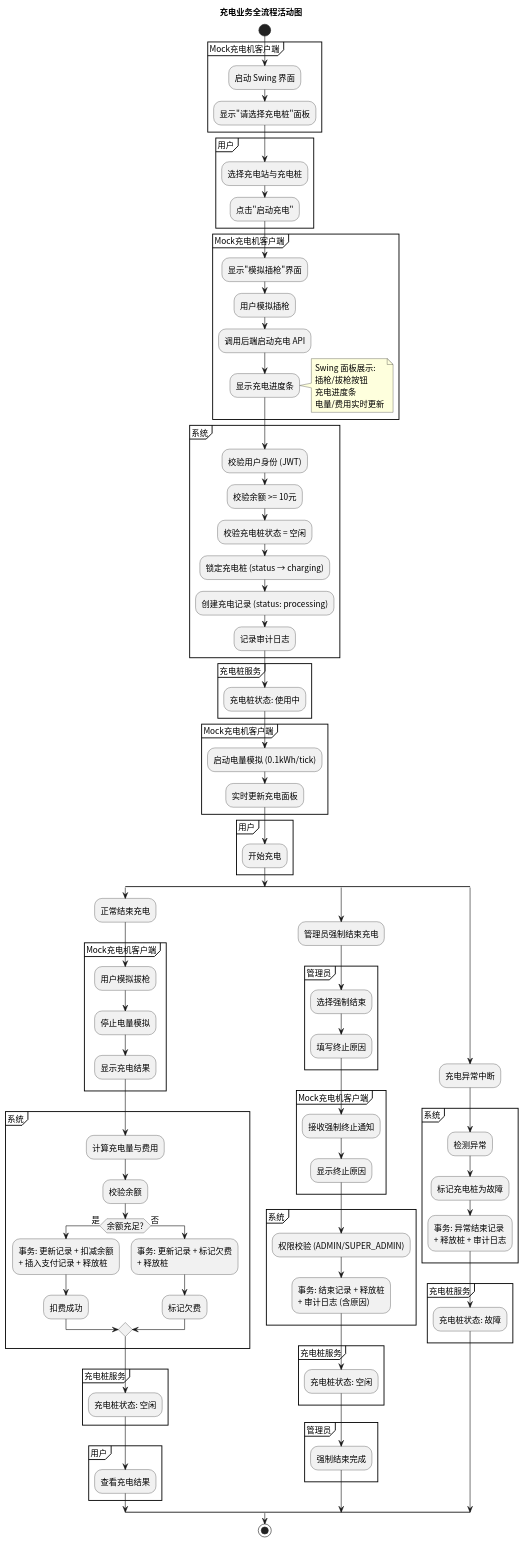
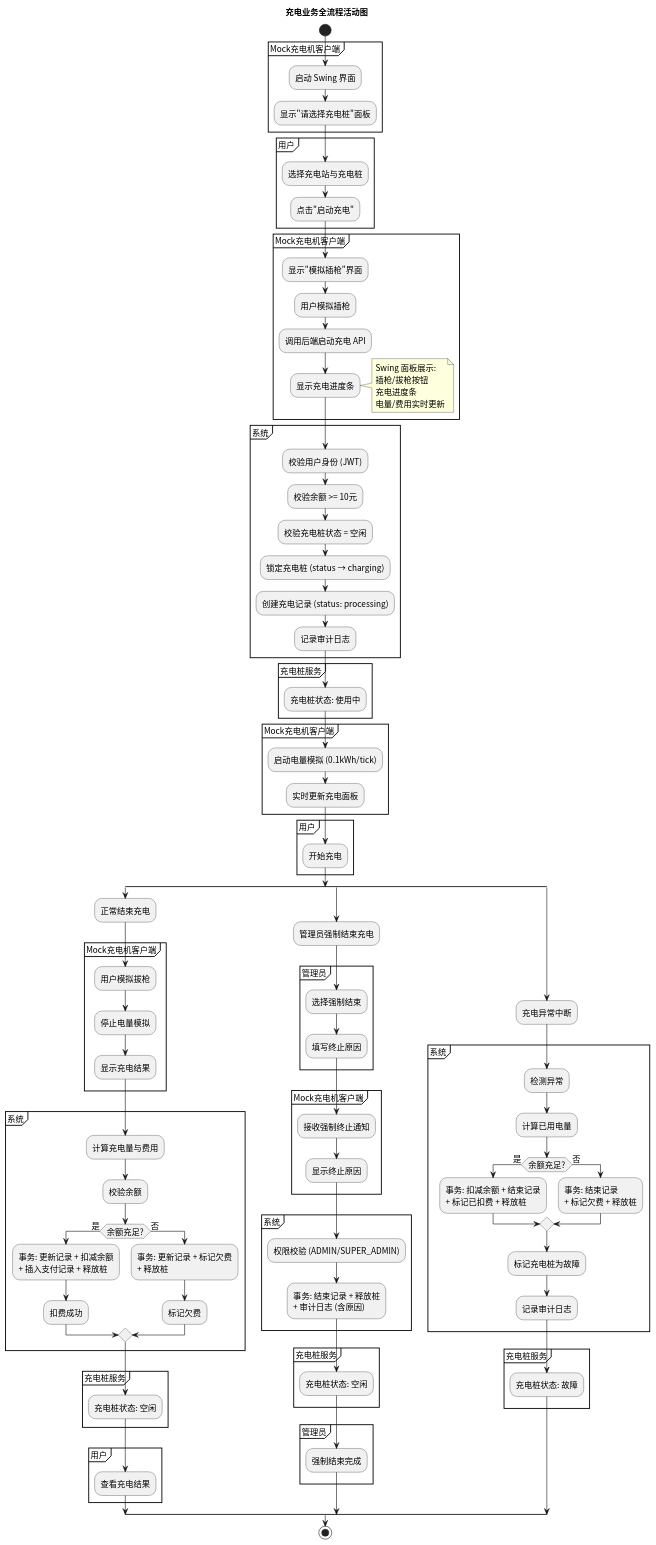
The diagram in activity/src/activity_charging.puml (greenhandzdl/charging-station-doc), drawn with PlantUML before and after one commit. The commit also changed 24 other files, not shown here.

First line of the commit message:
fix: 架构与安全第二轮评估修复 — 类图权限补充、审计日志字段统一、状态图/活动图/用例图修复

```diff
--- a/activity/src/activity_charging.puml
+++ b/activity/src/activity_charging.puml
@@ -1,120 +1,126 @@
 @startuml
 skinparam defaultFontName "Noto Sans CJK SC"
 skinparam defaultFontSize 14
 title 充电业务全流程活动图
 
 start
 
 partition "Mock充电机客户端" {
   :启动 Swing 界面;
   :显示"请选择充电桩"面板;
 }
 
 partition "用户" {
   :选择充电站与充电桩;
   :点击"启动充电";
 }
 
 partition "Mock充电机客户端" {
   :显示"模拟插枪"界面;
   :用户模拟插枪;
   :调用后端启动充电 API;
   :显示充电进度条;
   note right
     Swing 面板展示:
     插枪/拔枪按钮
     充电进度条
     电量/费用实时更新
   end note
 }
 
 partition "系统" {
   :校验用户身份 (JWT);
   :校验余额 >= 10元;
   :校验充电桩状态 = 空闲;
   :锁定充电桩 (status → charging);
   :创建充电记录 (status: processing);
   :记录审计日志;
 }
 
 partition "充电桩服务" {
   :充电桩状态: 使用中;
 }
 
 partition "Mock充电机客户端" {
   :启动电量模拟 (0.1kWh/tick);
   :实时更新充电面板;
 }
 
 partition "用户" {
   :开始充电;
 }
 
 split
   :正常结束充电;
   partition "Mock充电机客户端" {
     :用户模拟拔枪;
     :停止电量模拟;
     :显示充电结果;
   }
 
   partition "系统" {
     :计算充电量与费用;
     :校验余额;
     if (余额充足?) then (是)
       :事务: 更新记录 + 扣减余额\n+ 插入支付记录 + 释放桩;
       :扣费成功;
     else (否)
       :事务: 更新记录 + 标记欠费\n+ 释放桩;
       :标记欠费;
     endif
   }
 
   partition "充电桩服务" {
     :充电桩状态: 空闲;
   }
 
   partition "用户" {
     :查看充电结果;
   }
 split again
   :管理员强制结束充电;
 
   partition "管理员" {
     :选择强制结束;
     :填写终止原因;
   }
 
   partition "Mock充电机客户端" {
     :接收强制终止通知;
     :显示终止原因;
   }
 
   partition "系统" {
     :权限校验 (ADMIN/SUPER_ADMIN);
     :事务: 结束记录 + 释放桩\n+ 审计日志 (含原因);
   }
 
   partition "充电桩服务" {
     :充电桩状态: 空闲;
   }
 
   partition "管理员" {
     :强制结束完成;
   }
 split again
   :充电异常中断;
 
   partition "系统" {
     :检测异常;
+    :计算已用电量;
+    if (余额充足?) then (是)
+      :事务: 扣减余额 + 结束记录\n+ 标记已扣费 + 释放桩;
+    else (否)
+      :事务: 结束记录\n+ 标记欠费 + 释放桩;
+    endif
     :标记充电桩为故障;
-    :事务: 异常结束记录\n+ 释放桩 + 审计日志;
+    :记录审计日志;
   }
 
   partition "充电桩服务" {
     :充电桩状态: 故障;
   }
 end split
 
 stop
 @enduml
```
